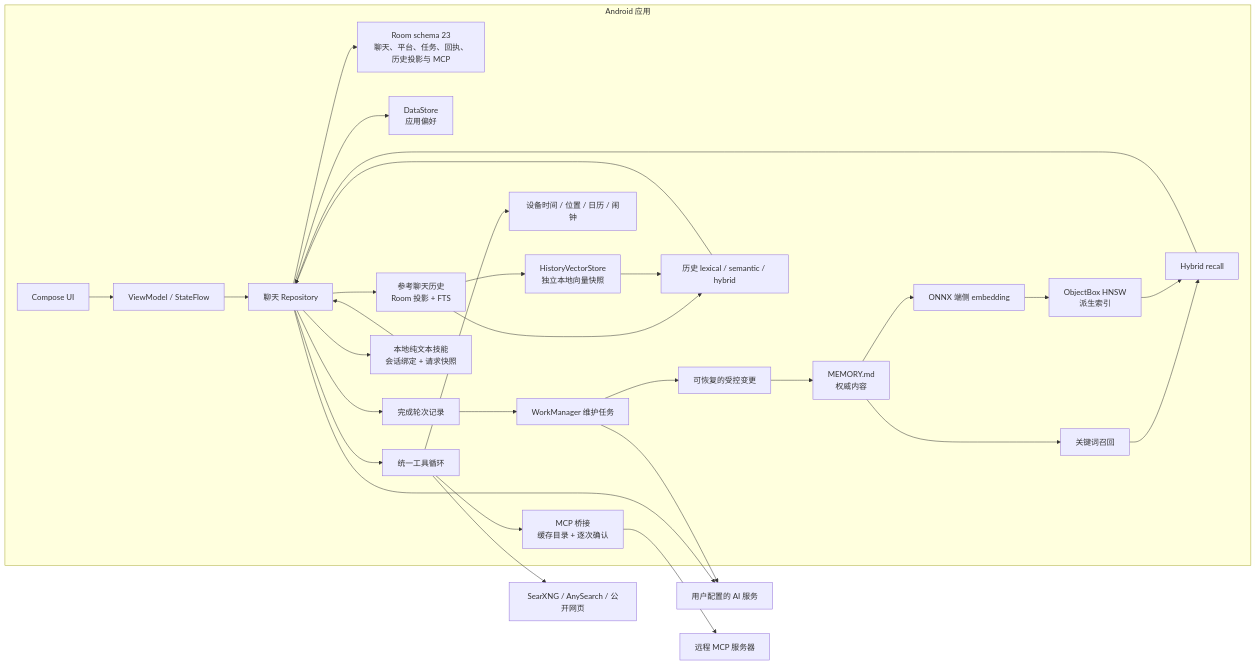
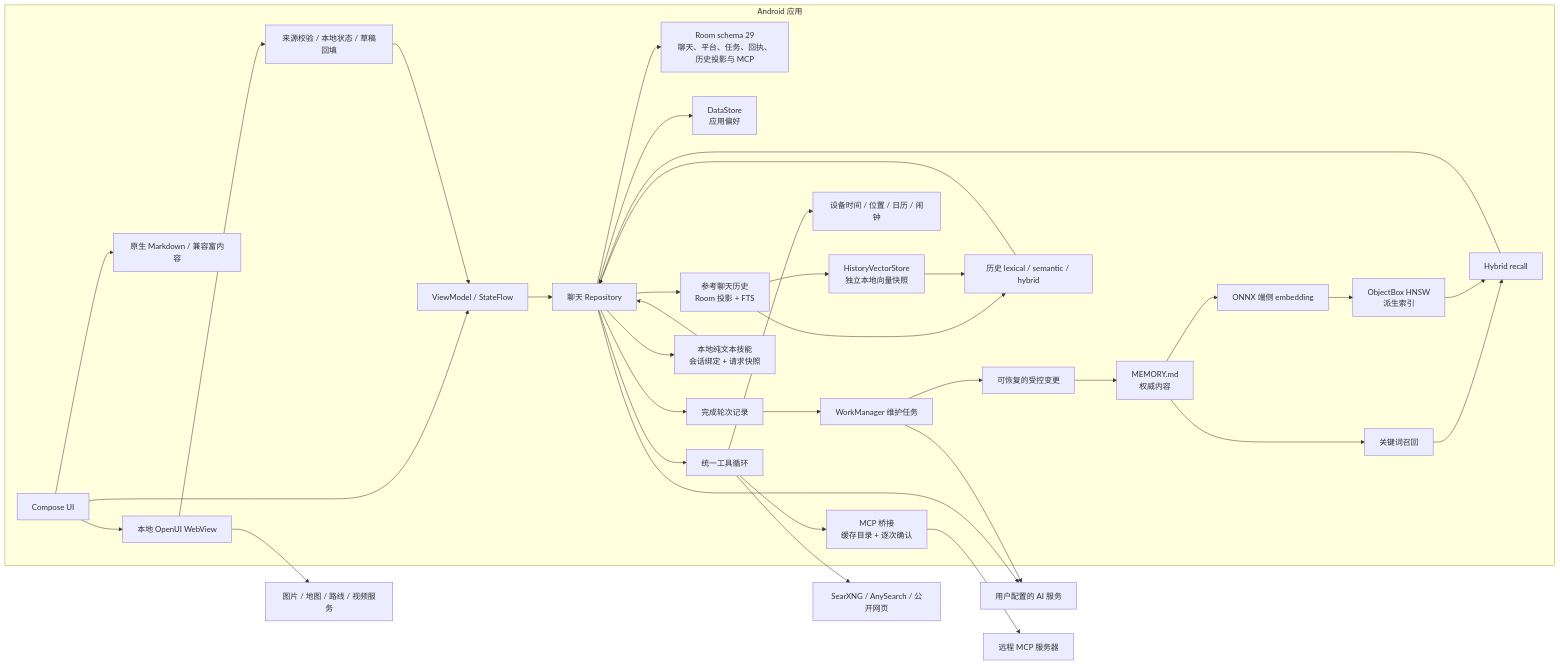
One commit to NaBr406/ChatWithChat changed the second of 2 diagrams in README.md. Above: the diagram before and after it, drawn with Mermaid. The commit also changed other lines of this file, not shown here.

Commit message:
docs: refresh feature overview and OpenUI development guide

````diff
--- a/README.md
+++ b/README.md
@@ -449,34 +605,39 @@
 ```mermaid
 flowchart LR
     subgraph APP["Android 应用"]
         UI["Compose UI"] --> VM["ViewModel / StateFlow"]
+        UI --> CONTENT["原生 Markdown / 兼容富内容"]
+        UI --> OPENUI["本地 OpenUI WebView"]
+        OPENUI --> HOST["来源校验 / 本地状态 / 草稿回填"]
+        HOST --> VM
         VM --> CHAT["聊天 Repository"]
-        CHAT --> ROOM["Room schema 23<br/>聊天、平台、任务、回执、历史投影与 MCP"]
+        CHAT --> ROOM["Room schema 29<br/>聊天、平台、任务、回执、历史投影与 MCP"]
         CHAT --> DATASTORE["DataStore<br/>应用偏好"]
         CHAT --> TOOLS["统一工具循环"]
         CHAT --> RECORDER["完成轮次记录"]
         RECORDER --> WORK["WorkManager 维护任务"]
         WORK --> MUTATION["可恢复的受控变更"]
         MUTATION --> MARKDOWN["MEMORY.md<br/>权威内容"]
         MARKDOWN --> LEXICAL["关键词召回"]
         MARKDOWN --> EMBEDDING["ONNX 端侧 embedding"]
         EMBEDDING --> VECTOR["ObjectBox HNSW<br/>派生索引"]
         LEXICAL --> HYBRID["Hybrid recall"]
         VECTOR --> HYBRID
         HYBRID --> CHAT
         CHAT --> HISTORY["参考聊天历史<br/>Room 投影 + FTS"]
         HISTORY --> HISTORY_VECTOR["HistoryVectorStore<br/>独立本地向量快照"]
         HISTORY --> HISTORY_RECALL["历史 lexical / semantic / hybrid"]
         HISTORY_VECTOR --> HISTORY_RECALL
         HISTORY_RECALL --> CHAT
         CHAT --> SKILLS["本地纯文本技能<br/>会话绑定 + 请求快照"]
         SKILLS --> CHAT
         TOOLS --> DEVICE["设备时间 / 位置 / 日历 / 闹钟"]
         TOOLS --> MCP["MCP 桥接<br/>缓存目录 + 逐次确认"]
     end
 
     CHAT --> PROVIDERS["用户配置的 AI 服务"]
     WORK --> PROVIDERS
     TOOLS --> SEARCH["SearXNG / AnySearch / 公开网页"]
     MCP --> MCP_SERVERS["远程 MCP 服务器"]
+    OPENUI --> MEDIA["图片 / 地图 / 路线 / 视频服务"]
 ```
````
